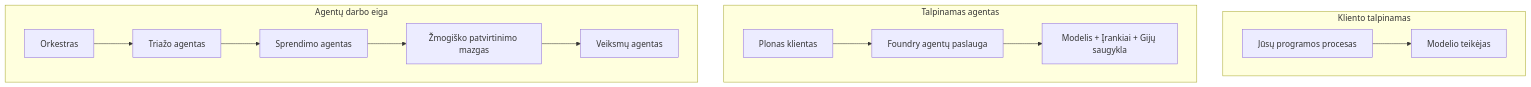
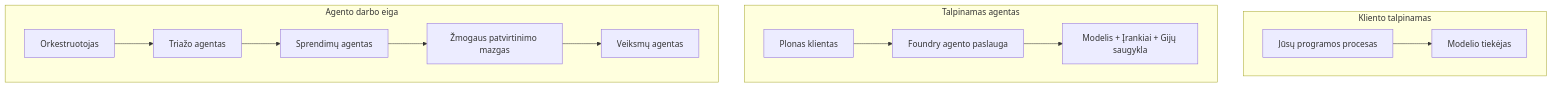
Before and after one commit to gabrielmoreira/agent-skills-mirror: the first of 4 diagrams in mirrors/repos/microsoft@ai-agents-for-beginners/translations/lt/16-deploying-scalable-agents/README.md, drawn with Mermaid. The commit also changed other lines of this file and 3581 other files, not shown here.

````diff
--- a/mirrors/repos/microsoft@ai-agents-for-beginners/translations/lt/16-deploying-scalable-agents/README.md
+++ b/mirrors/repos/microsoft@ai-agents-for-beginners/translations/lt/16-deploying-scalable-agents/README.md
@@ -87,16 +87,16 @@
 ```mermaid
 flowchart TB
     subgraph P1[Kliento talpinamas]
-        A1[Jūsų programos procesas] --> M1[Modelio teikėjas]
+        A1[Jūsų programos procesas] --> M1[Modelio tiekėjas]
     end
     subgraph P2[Talpinamas agentas]
-        A2[Plonas klientas] --> F2[Foundry agentų paslauga]
+        A2[Plonas klientas] --> F2[Foundry agento paslauga]
         F2 --> M2[Modelis + Įrankiai + Gijų saugykla]
     end
-    subgraph P3[Agentų darbo eiga]
-        A3[Orkestras] --> S1[Triažo agentas]
-        S1 --> S2[Sprendimo agentas]
-        S2 --> H[Žmogiško patvirtinimo mazgas]
+    subgraph P3[Agento darbo eiga]
+        A3[Orkestruotojas] --> S1[Triažo agentas]
+        S1 --> S2[Sprendimų agentas]
+        S2 --> H[Žmogaus patvirtinimo mazgas]
         H --> S3[Veiksmų agentas]
     end
 ```
````
